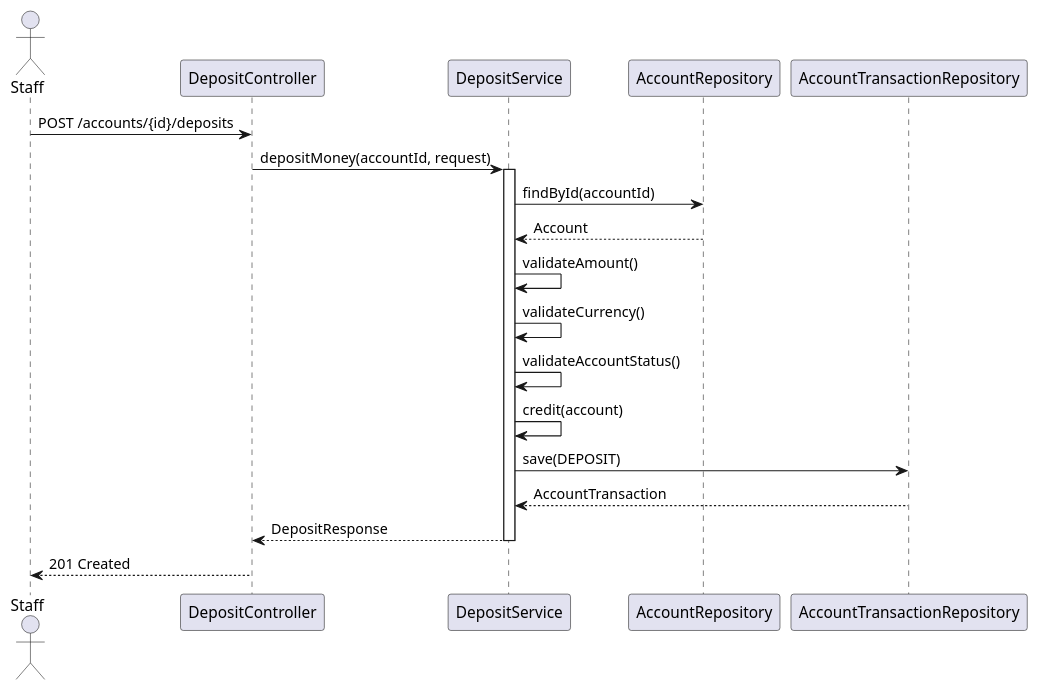
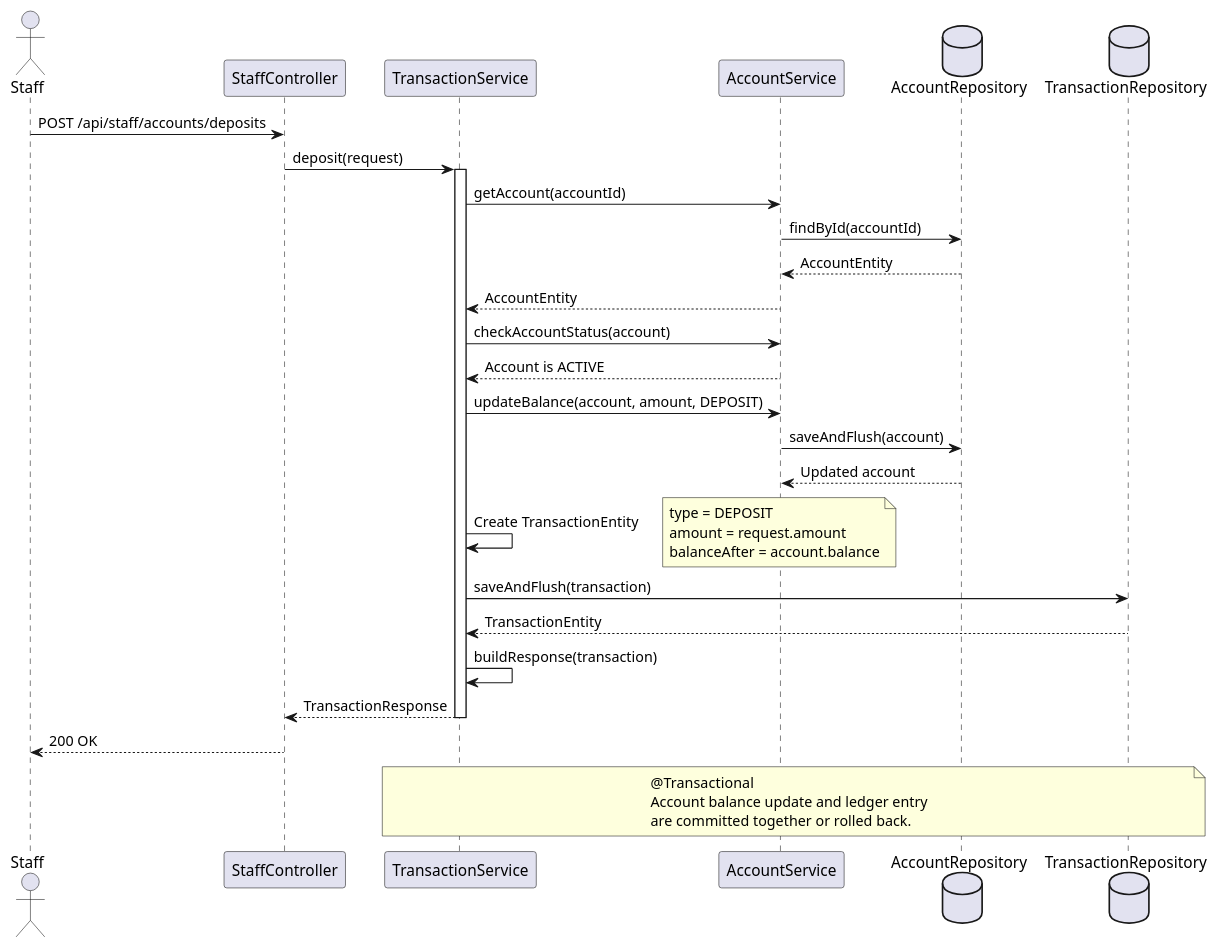
Before and after one commit to Dare2510/Digital-Banking-API: the diagram in docs/sequence/deposit.puml, drawn with PlantUML. The commit also changed other lines of this file and 17 other files, not shown here.

```diff
--- a/docs/sequence/deposit.puml
+++ b/docs/sequence/deposit.puml
@@ -1,32 +2,50 @@
 @startuml
 
 actor Staff
-participant DepositController
-participant DepositService
-participant AccountRepository
-participant AccountTransactionRepository
+participant StaffController
+participant TransactionService
+participant AccountService
+database AccountRepository
+database TransactionRepository
 
-Staff -> DepositController : POST /accounts/{id}/deposits
-DepositController -> DepositService : depositMoney(accountId, request)
+Staff -> StaffController : POST /api/staff/accounts/deposits
+StaffController -> TransactionService : deposit(request)
 
-activate DepositService
+activate TransactionService
 
-DepositService -> AccountRepository : findById(accountId)
-AccountRepository --> DepositService : Account
+TransactionService -> AccountService : getAccount(accountId)
+AccountService -> AccountRepository : findById(accountId)
+AccountRepository --> AccountService : AccountEntity
+AccountService --> TransactionService : AccountEntity
 
-DepositService -> DepositService : validateAmount()
-DepositService -> DepositService : validateCurrency()
-DepositService -> DepositService : validateAccountStatus()
+TransactionService -> AccountService : checkAccountStatus(account)
+AccountService --> TransactionService : Account is ACTIVE
 
-DepositService -> DepositService : credit(account)
+TransactionService -> AccountService : updateBalance(account, amount, DEPOSIT)
+AccountService -> AccountRepository : saveAndFlush(account)
+AccountRepository --> AccountService : Updated account
 
-DepositService -> AccountTransactionRepository : save(DEPOSIT)
-AccountTransactionRepository --> DepositService : AccountTransaction
+TransactionService -> TransactionService : Create TransactionEntity
+note right
+    type = DEPOSIT
+    amount = request.amount
+    balanceAfter = account.balance
+end note
 
-DepositService --> DepositController : DepositResponse
+TransactionService -> TransactionRepository : saveAndFlush(transaction)
+TransactionRepository --> TransactionService : TransactionEntity
 
-deactivate DepositService
+TransactionService -> TransactionService : buildResponse(transaction)
+TransactionService --> StaffController : TransactionResponse
 
-DepositController --> Staff : 201 Created
+deactivate TransactionService
+
+StaffController --> Staff : 200 OK
+
+note over TransactionService, TransactionRepository
+    @Transactional
+    Account balance update and ledger entry
+    are committed together or rolled back.
+end note
 
 @enduml
```
